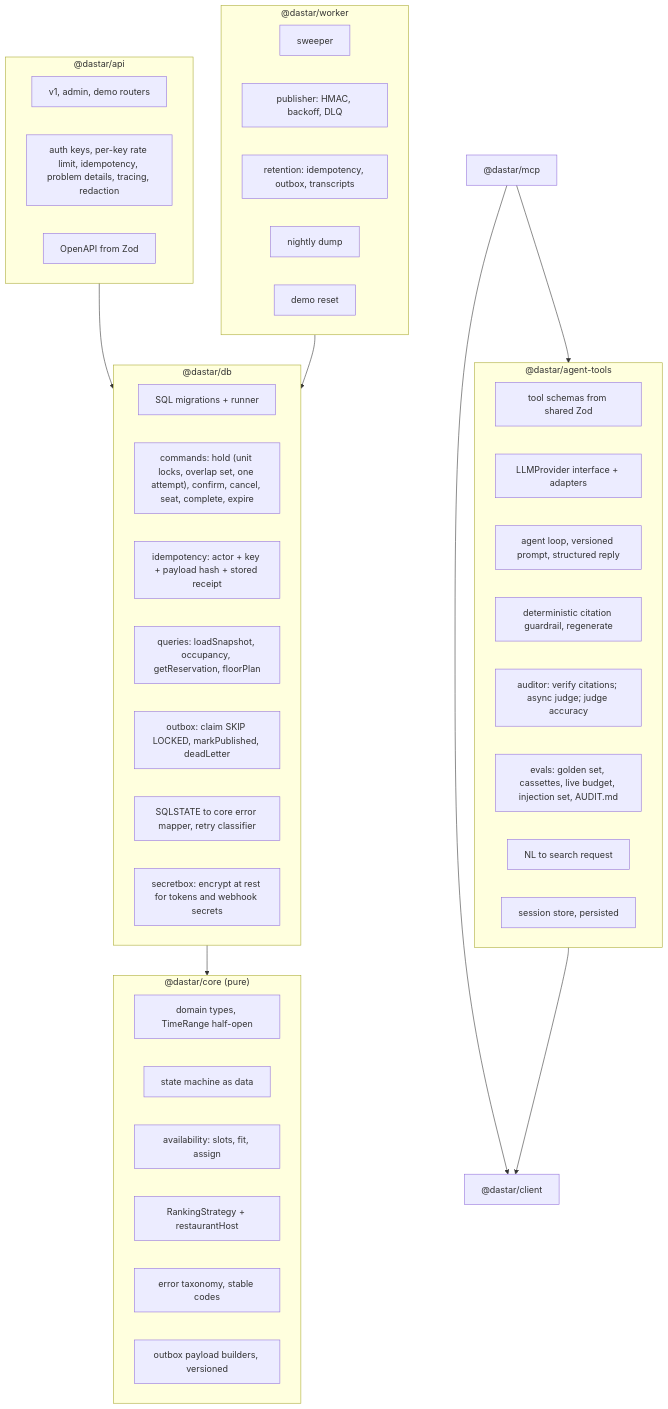
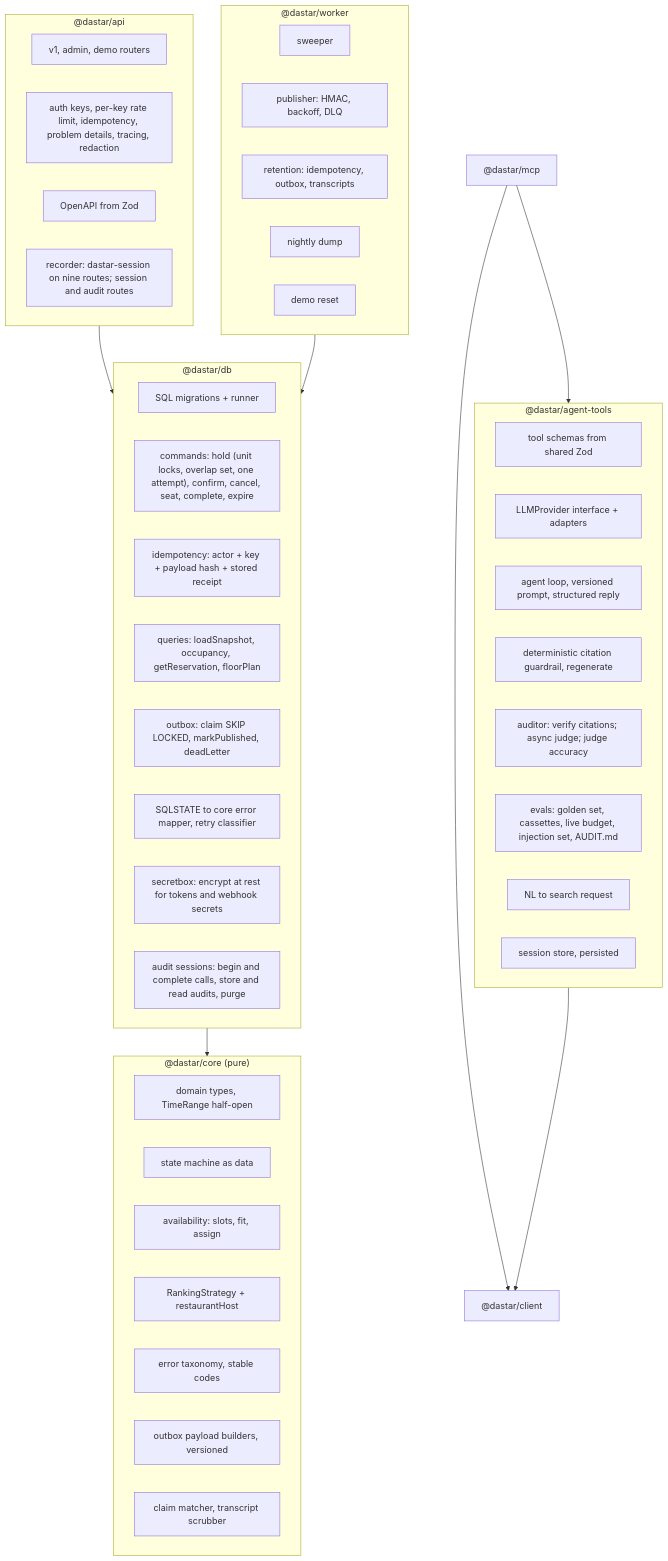
Before and after one commit to Zhan017/dastar: the third of 3 diagrams in docs/design/design.md, drawn with Mermaid. The commit also changed other lines of this file and 3 other files, not shown here.

````diff
--- a/docs/design/design.md
+++ b/docs/design/design.md
@@ -184,50 +184,53 @@
 ```mermaid
 flowchart TB
   subgraph core["@dastar/core (pure)"]
     dom["domain types, TimeRange half-open"]
     sm["state machine as data"]
     avail["availability: slots, fit, assign"]
     rank["RankingStrategy + restaurantHost"]
     errs["error taxonomy, stable codes"]
     events["outbox payload builders, versioned"]
+    claims["claim matcher, transcript scrubber"]
   end
   subgraph db["@dastar/db"]
     mig["SQL migrations + runner"]
     cmd["commands: hold (unit locks, overlap set, one attempt), confirm, cancel, seat, complete, expire"]
     idem["idempotency: actor + key + payload hash + stored receipt"]
     snap["queries: loadSnapshot, occupancy, getReservation, floorPlan"]
     outbox["outbox: claim SKIP LOCKED, markPublished, deadLetter"]
     map["SQLSTATE to core error mapper, retry classifier"]
     crypto["secretbox: encrypt at rest for tokens and webhook secrets"]
+    asess["audit sessions: begin and complete calls, store and read audits, purge"]
   end
   subgraph api["@dastar/api"]
     routes["v1, admin, demo routers"]
     mw["auth keys, per-key rate limit, idempotency, problem details, tracing, redaction"]
     oapi["OpenAPI from Zod"]
+    rec["recorder: dastar-session on nine routes; session and audit routes"]
   end
   subgraph worker["@dastar/worker"]
     sweep["sweeper"]
     pub["publisher: HMAC, backoff, DLQ"]
     retention["retention: idempotency, outbox, transcripts"]
     backup["nightly dump"]
     reset["demo reset"]
   end
   subgraph agent["@dastar/agent-tools"]
     tools["tool schemas from shared Zod"]
     prov["LLMProvider interface + adapters"]
     loop["agent loop, versioned prompt, structured reply"]
     guard["deterministic citation guardrail, regenerate"]
     audit["auditor: verify citations; async judge; judge accuracy"]
     evals["evals: golden set, cassettes, live budget, injection set, AUDIT.md"]
     parse["NL to search request"]
     sess["session store, persisted"]
   end
   mcp["@dastar/mcp"]
   client["@dastar/client"]
   db --> core
   api --> db
   worker --> db
   agent --> client
   mcp --> agent
   mcp --> client
 ```
````
